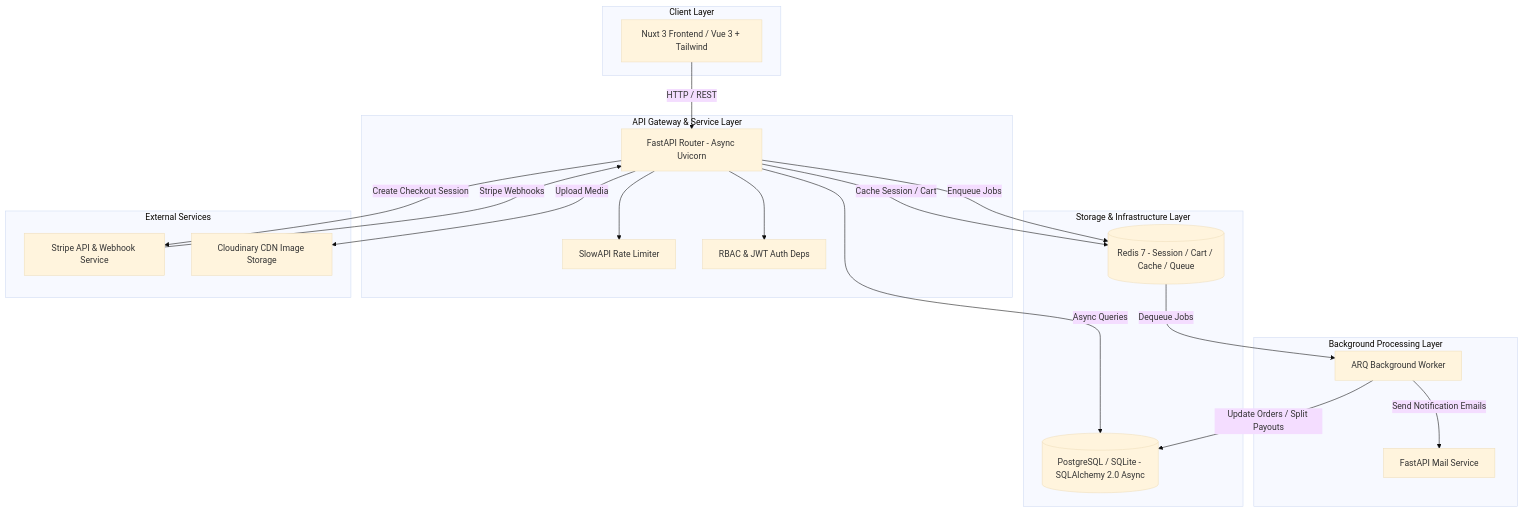
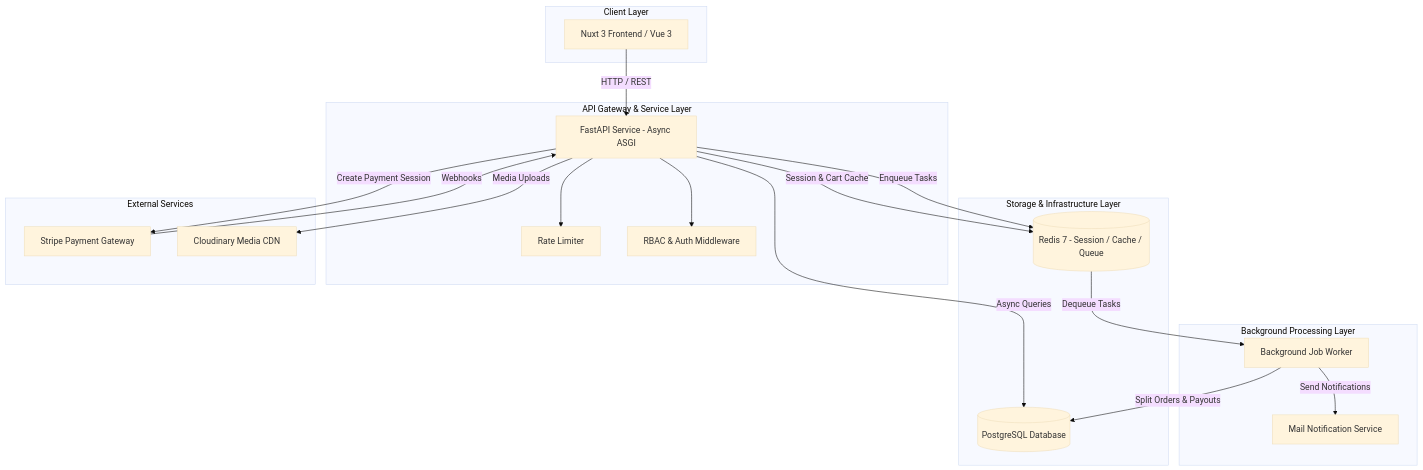
The diagram in README.md (EbubeIreneaus/16vmart), drawn with Mermaid (base theme) before and after one commit. The commit also changed other lines of this file, not shown here.

Commit message:
docs: update README documentation to refine project architecture descriptions and streamline technical feature summaries

````diff
--- a/README.md
+++ b/README.md
@@ -66,41 +63,41 @@
 ```mermaid
 flowchart TD
     subgraph Client Layer
-        Web[Nuxt 3 Frontend / Vue 3 + Tailwind]
+        Web[Nuxt 3 Frontend / Vue 3]
     end
 
     subgraph API Gateway & Service Layer
-        API[FastAPI Router - Async Uvicorn]
-        Limiter[SlowAPI Rate Limiter]
-        RBAC[RBAC & JWT Auth Deps]
+        API[FastAPI Service - Async ASGI]
+        Limiter[Rate Limiter]
+        RBAC[RBAC & Auth Middleware]
     end
 
     subgraph Storage & Infrastructure Layer
-        Redis[(Redis 7 - Session / Cart / Cache / Queue)]
-        DB[(PostgreSQL / SQLite - SQLAlchemy 2.0 Async)]
+        Redis[(Redis 7 - Session / Cache / Queue)]
+        DB[(PostgreSQL Database)]
     end
 
     subgraph Background Processing Layer
-        ARQ[ARQ Background Worker]
-        Mail[FastAPI Mail Service]
+        Worker[Background Job Worker]
+        Mail[Mail Notification Service]
     end
 
     subgraph External Services
-        Stripe[Stripe API & Webhook Service]
-        Cloudinary[Cloudinary CDN Image Storage]
+        Stripe[Stripe Payment Gateway]
+        Cloudinary[Cloudinary Media CDN]
     end
 
     Web -->|HTTP / REST| API
     API --> Limiter
     API --> RBAC
-    API -->|Cache Session / Cart| Redis
+    API -->|Session & Cart Cache| Redis
     API -->|Async Queries| DB
-    API -->|Upload Media| Cloudinary
-    API -->|Create Checkout Session| Stripe
+    API -->|Media Uploads| Cloudinary
+    API -->|Create Payment Session| Stripe
     
-    Stripe -->|Stripe Webhooks| API
-    API -->|Enqueue Jobs| Redis
-    Redis -->|Dequeue Jobs| ARQ
-    ARQ -->|Update Orders / Split Payouts| DB
-    ARQ -->|Send Notification Emails| Mail
+    Stripe -->|Webhooks| API
+    API -->|Enqueue Tasks| Redis
+    Redis -->|Dequeue Tasks| Worker
+    Worker -->|Split Orders & Payouts| DB
+    Worker -->|Send Notifications| Mail
 ```
````
